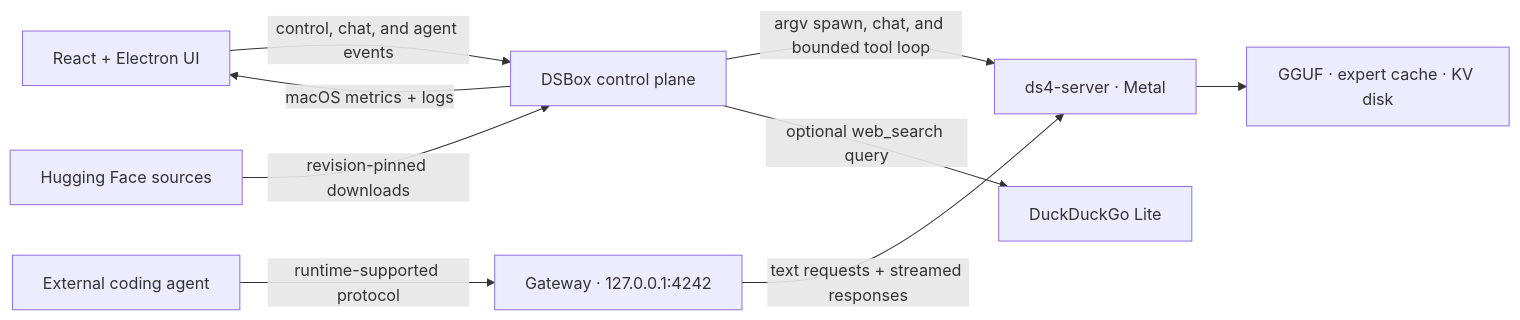
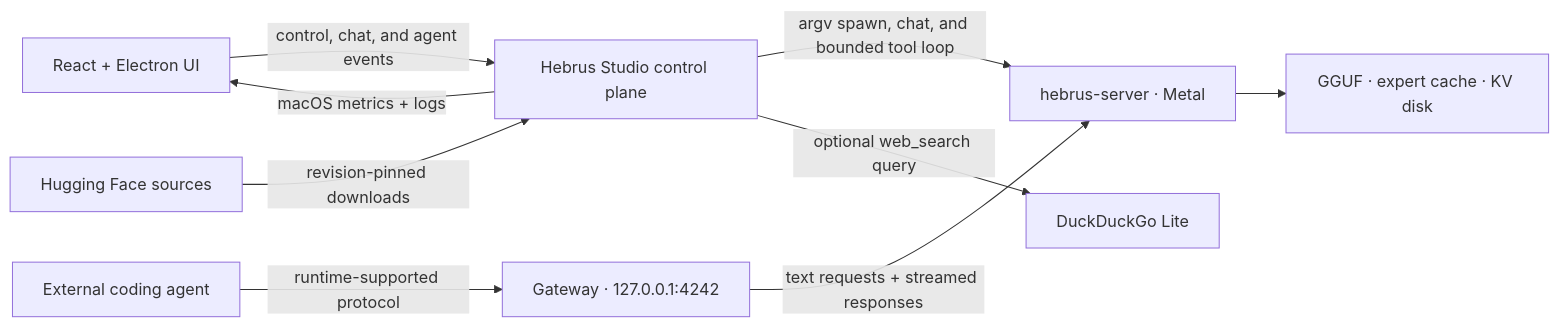
The diagram in README.md (andreaborio/dsbox), drawn with Mermaid before and after one commit. The commit also changed other lines of this file and 85 other files, not shown here.

Commit message:
app: launch the Hebrus Studio bridge

````diff
--- a/README.md
+++ b/README.md
@@ -262,11 +267,11 @@
 ```mermaid
 flowchart LR
-    UI["React + Electron UI"] -->|"control, chat, and agent events"| CP["DSBox control plane"]
+    UI["React + Electron UI"] -->|"control, chat, and agent events"| CP["Hebrus Studio control plane"]
     HF["Hugging Face sources"] -->|"revision-pinned downloads"| CP
-    CP -->|"argv spawn, chat, and bounded tool loop"| DS4["ds4-server · Metal"]
+    CP -->|"argv spawn, chat, and bounded tool loop"| Hebrus["hebrus-server · Metal"]
     CP -->|"optional web_search query"| WEB["DuckDuckGo Lite"]
     AG["External coding agent"] -->|"runtime-supported protocol"| GW["Gateway · 127.0.0.1:4242"]
-    GW -->|"text requests + streamed responses"| DS4
-    DS4 --> SSD["GGUF · expert cache · KV disk"]
+    GW -->|"text requests + streamed responses"| Hebrus
+    Hebrus --> SSD["GGUF · expert cache · KV disk"]
     CP -->|"macOS metrics + logs"| UI
 ```
````
